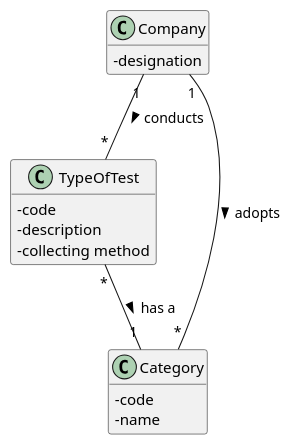
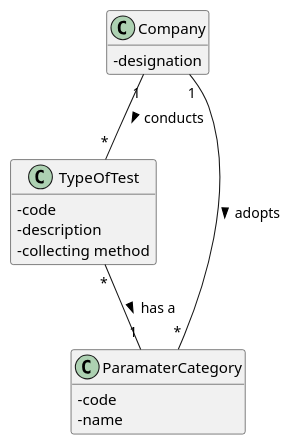
The diagram in docs/SprintC/US9/UC9_MD.puml (GuilhermeCunha79/lapr2), drawn with PlantUML before and after one commit. The commit also changed 1 other file, not shown here.

Commit message:
[US9] Restructuring UC9_MD puml and svg diagram

```diff
--- a/docs/SprintC/US9/UC9_MD.puml
+++ b/docs/SprintC/US9/UC9_MD.puml
@@ -1,26 +1,26 @@
 @startuml
 'https://plantuml.com/sequence-diagram
 hide methods
 skinparam classAttributeIconSize 0
 
 
 
 Company"1" -- "*"TypeOfTest:> conducts
-Company"1" -- "*"Category :> adopts
-TypeOfTest"*" -- "1"Category :> has a
+Company"1" -- "*"ParamaterCategory :> adopts
+TypeOfTest"*" -- "1"ParamaterCategory :> has a
 
 class TypeOfTest{
 -code
 -description
 -collecting method
 }
 
 class Company{
 -designation
 }
 
-class Category{
+class ParamaterCategory{
     -code
     -name
 }
 @enduml
```
